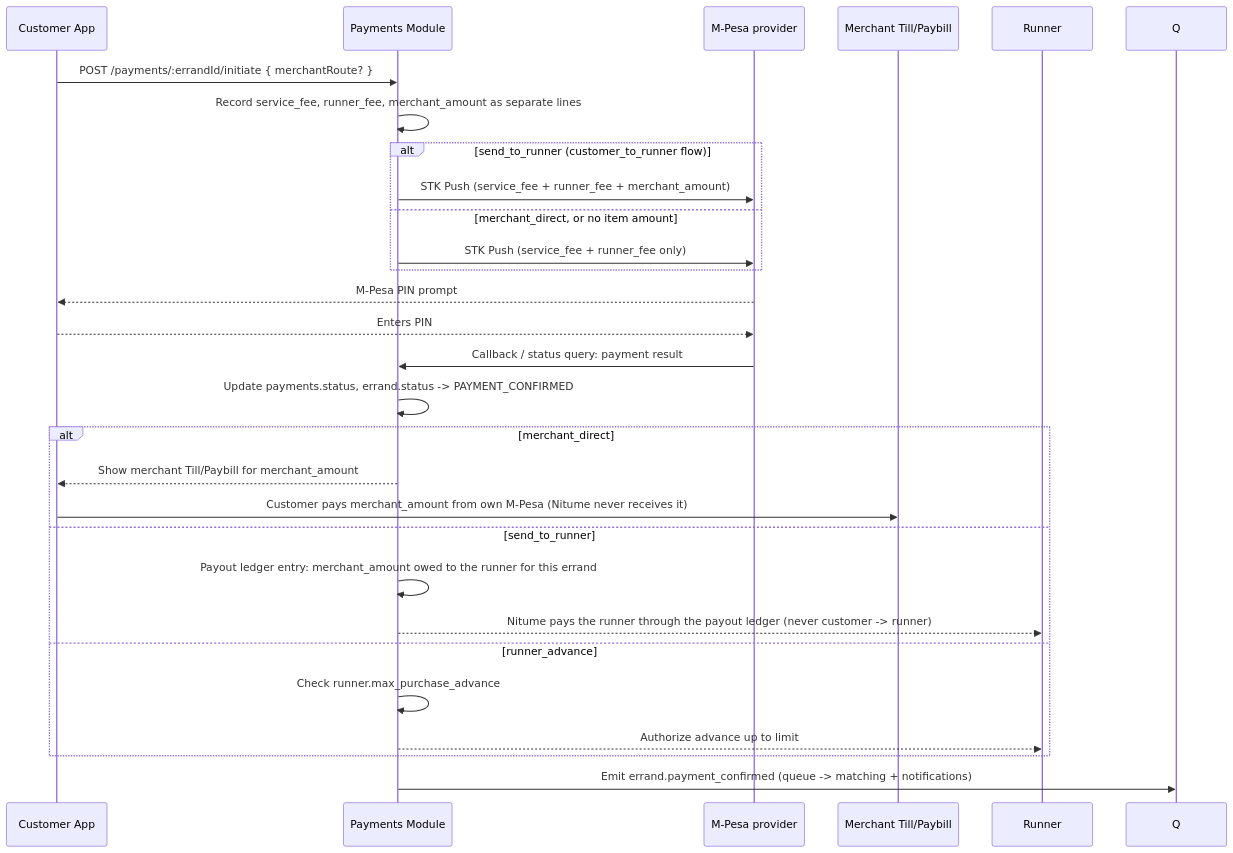
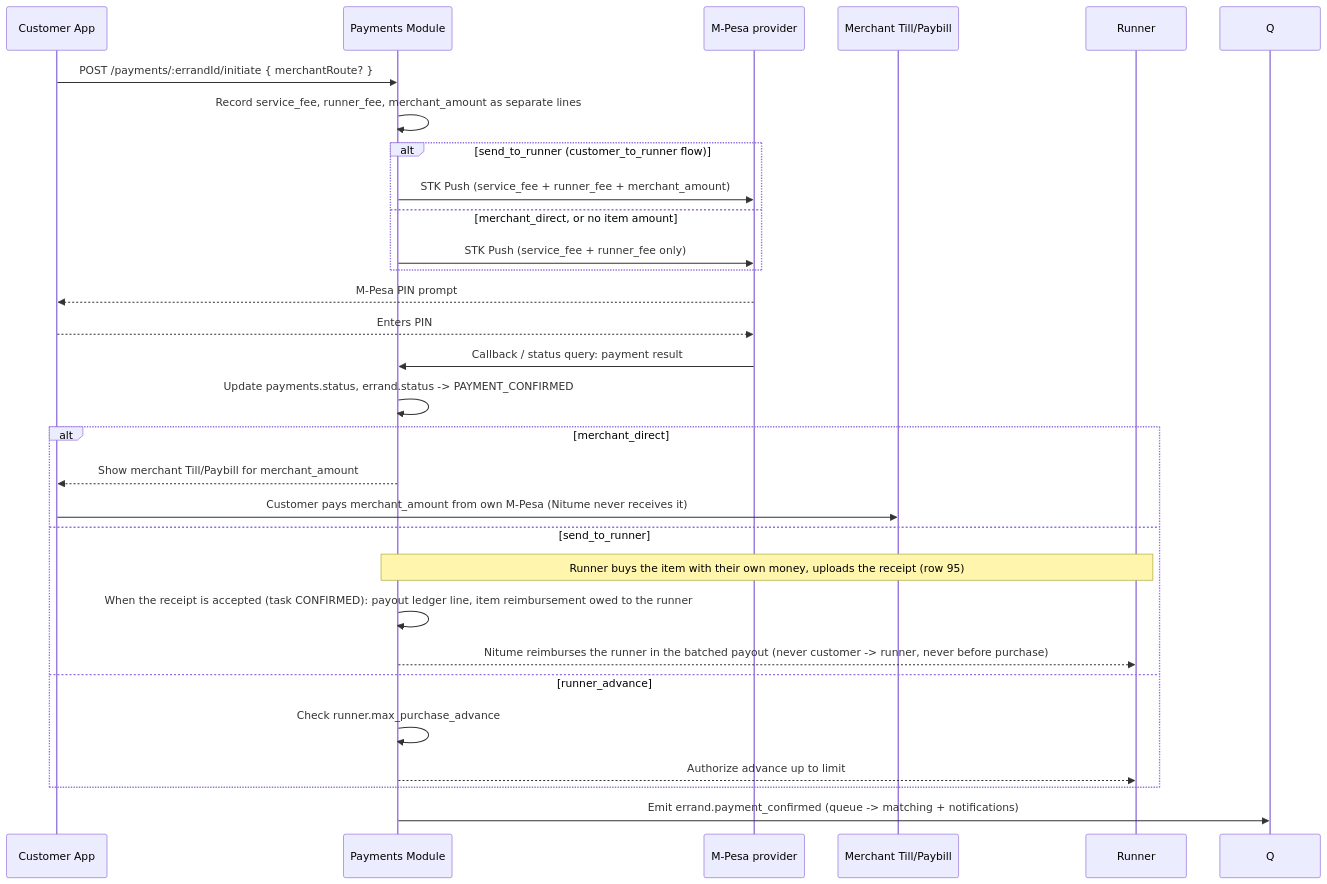
The sixth of 7 diagrams in docs/design/Nitume_System_Design.md (sanzio-br/nitume), drawn with Mermaid before and after one commit. The commit also changed other lines of this file, not shown here.

````diff
--- a/docs/design/Nitume_System_Design.md
+++ b/docs/design/Nitume_System_Design.md
@@ -468,31 +476,32 @@
 ```mermaid
 sequenceDiagram
     participant C as Customer App
     participant API as Payments Module
     participant MP as M-Pesa provider
     participant M as Merchant Till/Paybill
     participant R as Runner
 
     C->>API: POST /payments/:errandId/initiate { merchantRoute? }
     API->>API: Record service_fee, runner_fee, merchant_amount as separate lines
     alt send_to_runner (customer_to_runner flow)
         API->>MP: STK Push (service_fee + runner_fee + merchant_amount)
     else merchant_direct, or no item amount
         API->>MP: STK Push (service_fee + runner_fee only)
     end
     MP-->>C: M-Pesa PIN prompt
     C-->>MP: Enters PIN
     MP->>API: Callback / status query: payment result
     API->>API: Update payments.status, errand.status -> PAYMENT_CONFIRMED
     alt merchant_direct
         API-->>C: Show merchant Till/Paybill for merchant_amount
         C->>M: Customer pays merchant_amount from own M-Pesa (Nitume never receives it)
     else send_to_runner
-        API->>API: Payout ledger entry: merchant_amount owed to the runner for this errand
-        API-->>R: Nitume pays the runner through the payout ledger (never customer -> runner)
+        Note over API,R: Runner buys the item with their own money, uploads the receipt (row 95)
+        API->>API: When the receipt is accepted (task CONFIRMED): payout ledger line, item reimbursement owed to the runner
+        API-->>R: Nitume reimburses the runner in the batched payout (never customer -> runner, never before purchase)
     else runner_advance
         API->>API: Check runner.max_purchase_advance
         API-->>R: Authorize advance up to limit
     end
     API->>Q: Emit errand.payment_confirmed (queue -> matching + notifications)
 ```
````
